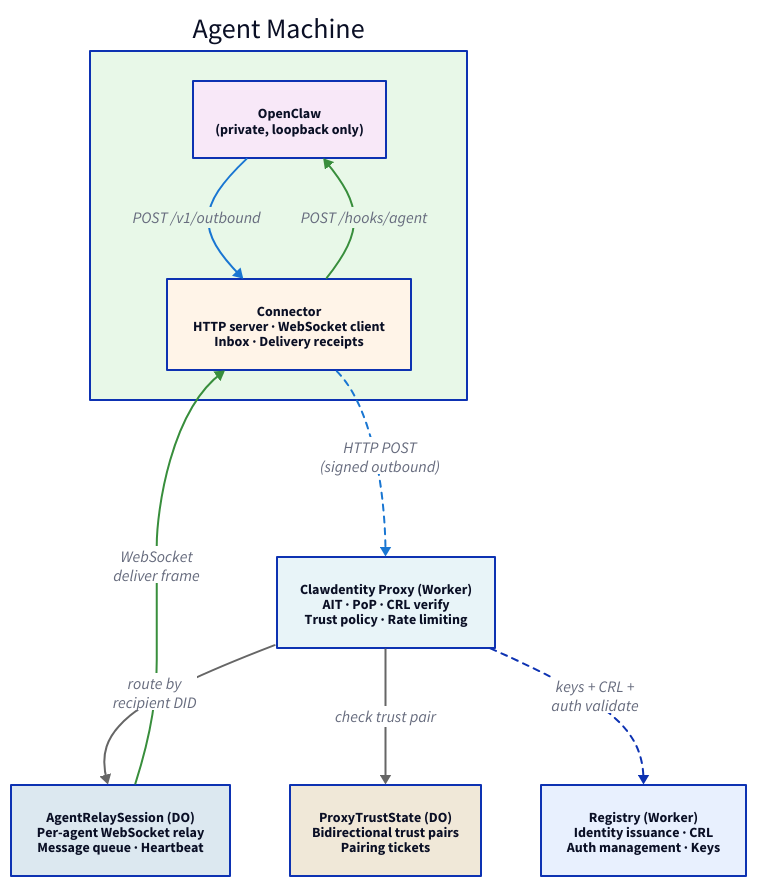
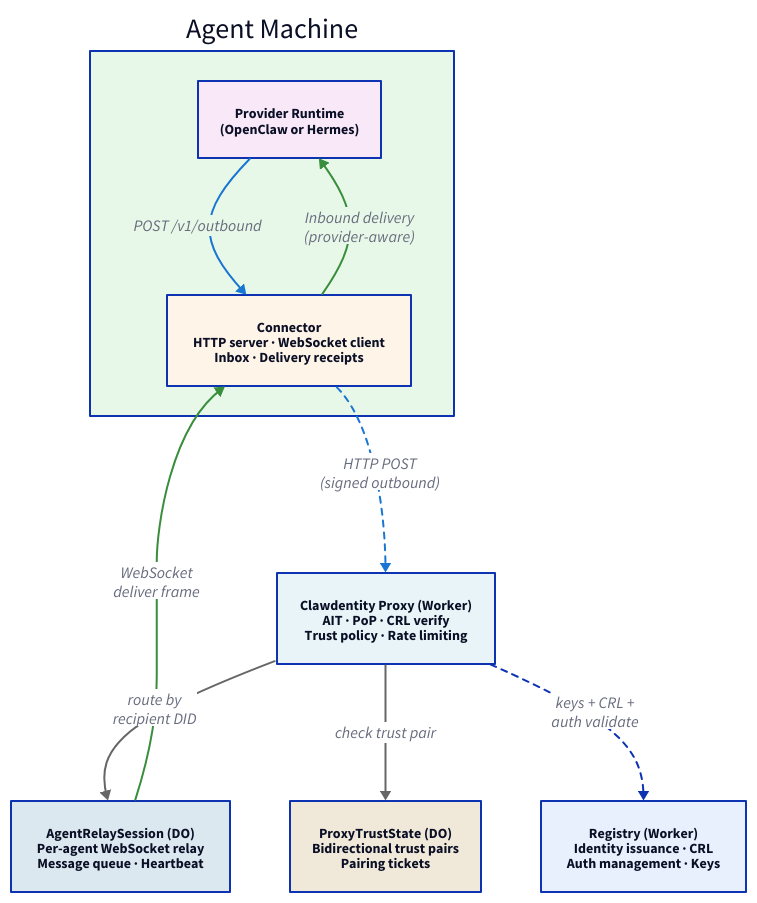
The diagram in apps/landing/src/content/docs/architecture/overview.mdx (vrknetha/clawdentity), drawn with D2 before and after one commit. The commit also changed other lines of this file and 51 other files, not shown here.

````diff
--- a/apps/landing/src/content/docs/architecture/overview.mdx
+++ b/apps/landing/src/content/docs/architecture/overview.mdx
@@ -40,62 +40,62 @@
 ```d2
 direction: down
 
 agent-machine: Agent Machine {
   style.fill: "#e8f8e8"
 
-  openclaw: "OpenClaw\n(private, loopback only)" {
+  runtime: "Provider Runtime\n(OpenClaw or Hermes)" {
     style.fill: "#f8e8f8"
     style.font-size: 14
   }
 
   connector: "Connector\nHTTP server · WebSocket client\nInbox · Delivery receipts" {
     style.fill: "#fff4e8"
     style.font-size: 14
   }
 
-  openclaw -> connector: "POST /v1/outbound" {
+  runtime -> connector: "POST /v1/outbound" {
     style.stroke: "#1976d2"
   }
-  connector -> openclaw: "POST /hooks/agent" {
+  connector -> runtime: "Inbound delivery\n(provider-aware)" {
     style.stroke: "#388e3c"
   }
 }
 
 proxy: "Clawdentity Proxy (Worker)\nAIT · PoP · CRL verify\nTrust policy · Rate limiting" {
   style.fill: "#e8f4f8"
   style.font-size: 14
 }
 
 relay-do: "AgentRelaySession (DO)\nPer-agent WebSocket relay\nMessage queue · Heartbeat" {
   style.fill: "#dce8f0"
   style.font-size: 14
 }
 
 trust-do: "ProxyTrustState (DO)\nBidirectional trust pairs\nPairing tickets" {
   style.fill: "#f0e8d8"
   style.font-size: 14
 }
 
 registry: "Registry (Worker)\nIdentity issuance · CRL\nAuth management · Keys" {
   style.fill: "#e8f0fe"
   style.font-size: 14
 }
 
 proxy -> relay-do: "route by\nrecipient DID" {
   style.stroke: "#666"
 }
 proxy -> trust-do: "check trust pair" {
   style.stroke: "#666"
 }
 proxy -> registry: "keys + CRL +\nauth validate" {
   style.stroke-dash: 3
 }
 
 agent-machine.connector -> proxy: "HTTP POST\n(signed outbound)" {
   style.stroke: "#1976d2"
   style.stroke-dash: 3
 }
 relay-do -> agent-machine.connector: "WebSocket\ndeliver frame" {
   style.stroke: "#388e3c"
 }
 ```
````
